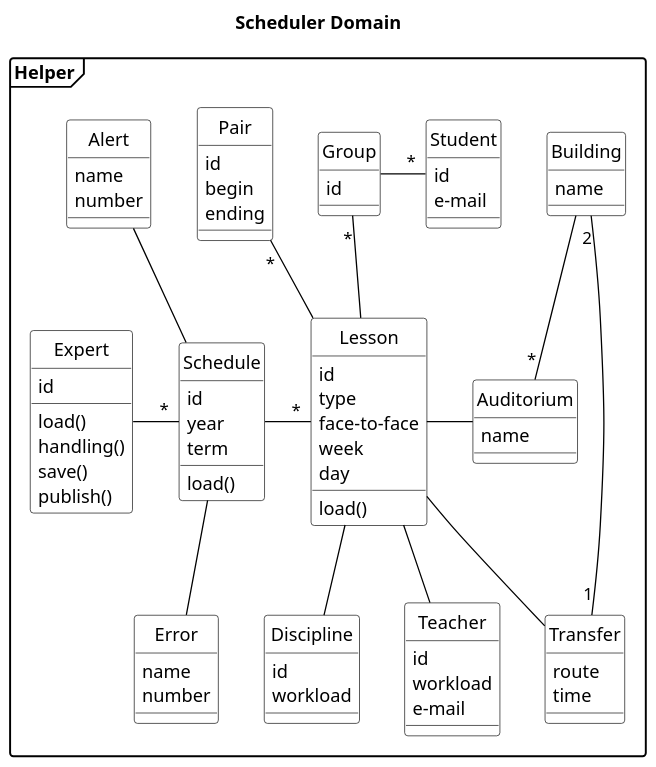
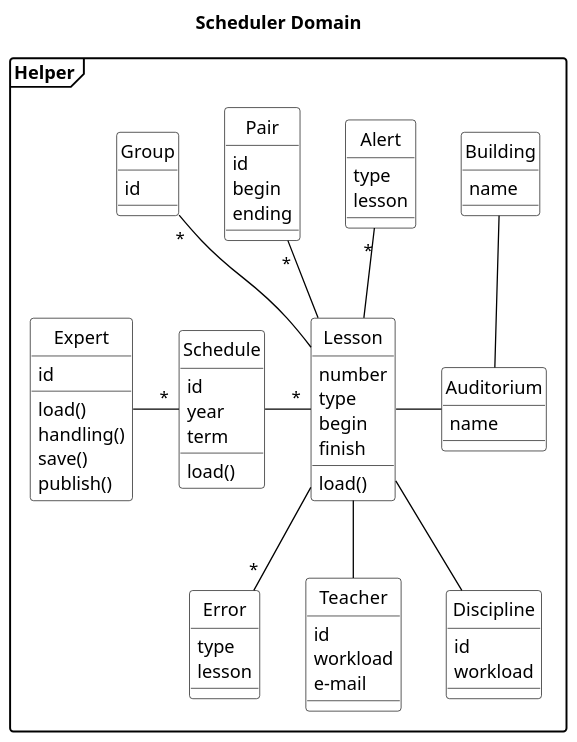
One commit to AlexFatkin/UniversityScheduleController changed the diagram in UML/Scheduler_classes_2.puml. Above: the diagram before and after it, drawn with PlantUML. The commit also changed other lines of this file and 3 other files, not shown here.

```diff
--- a/UML/Scheduler_classes_2.puml
+++ b/UML/Scheduler_classes_2.puml
@@ -2,96 +2,98 @@
 @startuml
 title Scheduler Domain
 skinparam class {
 BackgroundColor White
 ArrowColor Black
 BorderColor Black
 }
 skinparam object {
 BackgroundColor White
 ArrowColor Black
 BorderColor Black
 }
 hide circle
 'hide members
 scale 1.3
 skinparam DefaultTextAlignment left
 skinparam shadowing false
 'skinparam monochrome true
 skinparam packageStyle frame
 
 package Helper {
 class Error{
-name
-number
+type
+lesson
 }
 class Alert{
-name
-number
+type
+lesson
 }
 
 class Expert{
 id
 load()
 handling()
 save()
 publish()
 }
 class Schedule{
 id
 year
 term
 load()
 }
 class Lesson{
-id
+number
 type
-face-to-face
-week
-day
+'face-to-face
+begin
+finish
+'week
+'day
 load()
 }
 class Teacher{
 id
 workload
 e-mail
 }
 class Discipline{
 id
 workload
 }
 class Pair {
 id
 begin
 ending
 }
-class Student{
-id
-e-mail
-}
+'class Student{
+'id
+'e-mail
+'}
 class Group{
 id
 }
 class Building {
 name
 }
 class Auditorium {
 name
 }
-class Transfer {
-route
-time
-}
+'class Transfer {
+'route
+'time
+'}
 Expert -"*" Schedule
-Alert -- Schedule
+Alert "*"-- Lesson
 Lesson --Teacher
-Schedule -- Error
 Group "*"-- Lesson
 Schedule -"*" Lesson
-Building "2"-"1" Transfer
+Lesson --"*" Error
 Lesson -- Discipline
-Group -"*" Student
-Lesson --Transfer
 Pair "*"-- Lesson
-Building --"*" Auditorium
+Building -- Auditorium
 Lesson - Auditorium
+'Building "2"-"1" Transfer
+'Group -"*" Student
+'Lesson --Transfer
 @enduml
```
